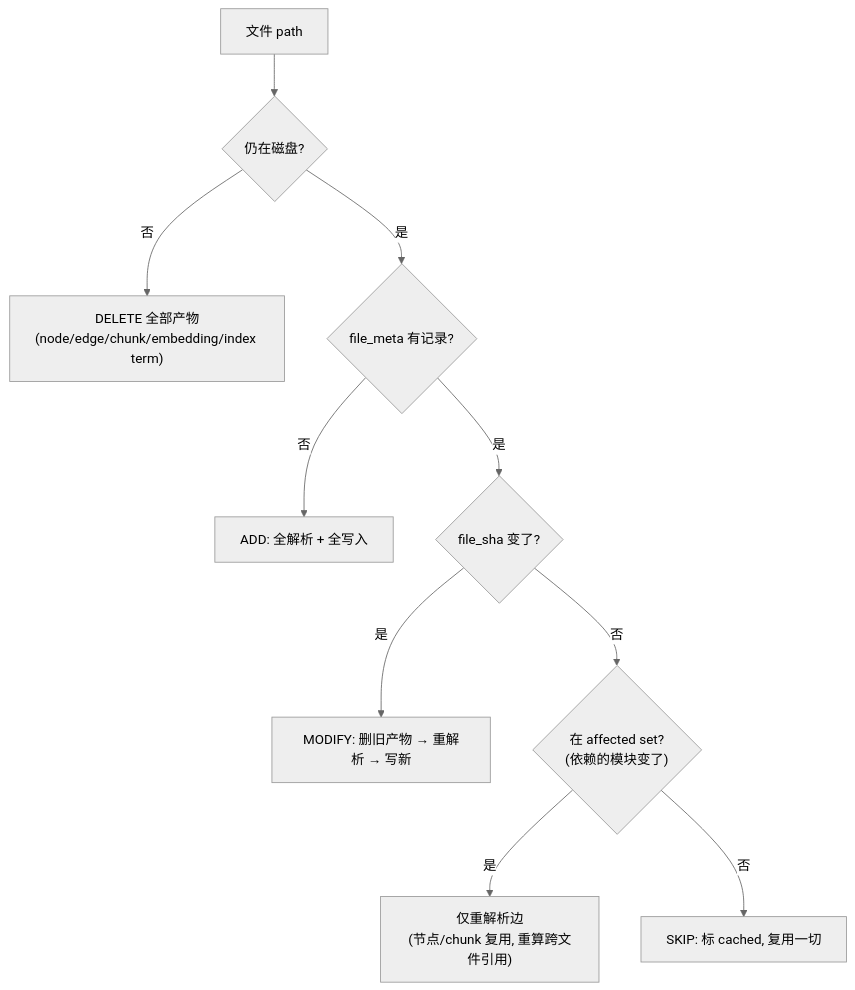
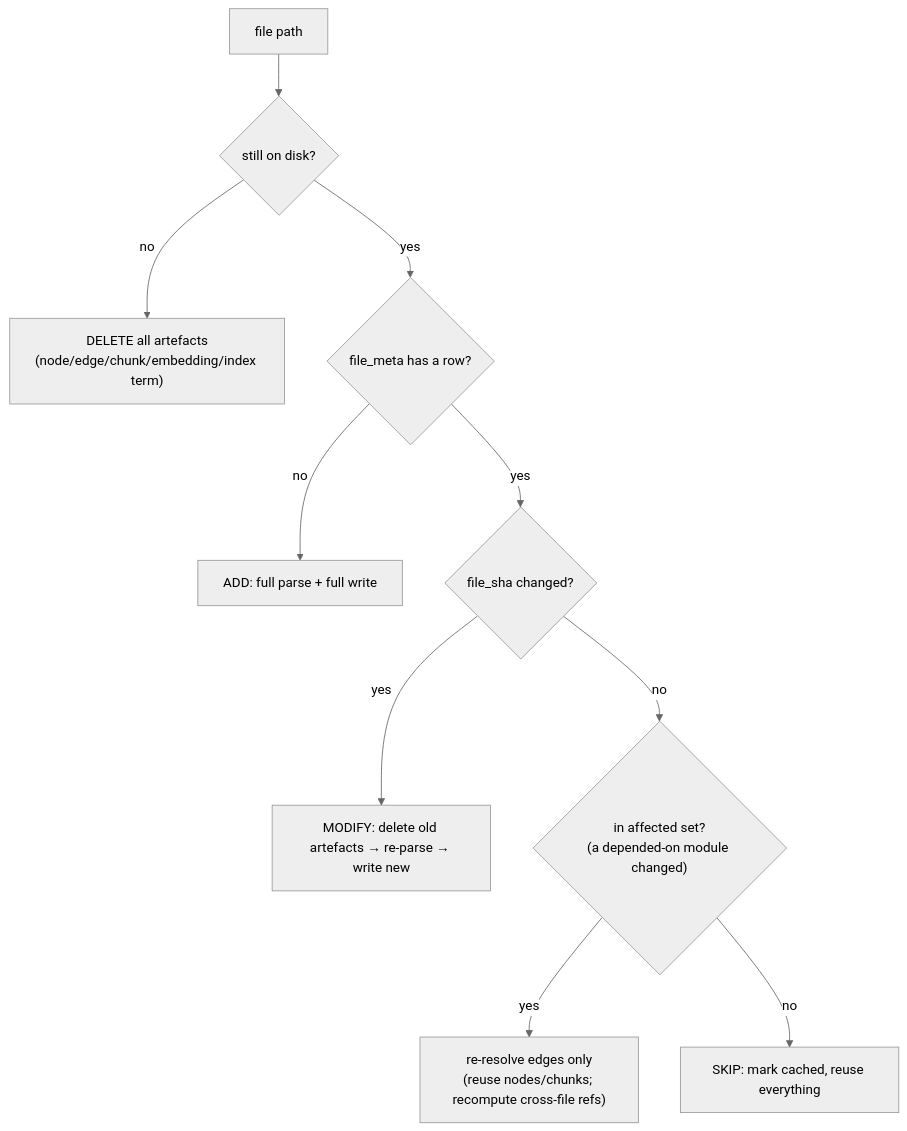
The second of 3 diagrams in docs/plans/phase-7-incremental.md (AndyUneducated/repo-sage), drawn with Mermaid (neutral theme) before and after one commit. The commit also changed other lines of this file and 14 other files, not shown here.

````diff
--- a/docs/plans/phase-7-incremental.md
+++ b/docs/plans/phase-7-incremental.md
@@ -118,12 +118,12 @@
 ```mermaid
 flowchart TD
-  F["文件 path"] --> onDisk{"仍在磁盘?"}
-  onDisk -- 否 --> del["DELETE 全部产物<br/>(node/edge/chunk/embedding/index term)"]
-  onDisk -- 是 --> known{"file_meta 有记录?"}
-  known -- 否 --> add["ADD: 全解析 + 全写入"]
-  known -- 是 --> sha{"file_sha 变了?"}
-  sha -- 是 --> mod["MODIFY: 删旧产物 → 重解析 → 写新"]
-  sha -- 否 --> inAff{"在 affected set?<br/>(依赖的模块变了)"}
-  inAff -- 是 --> reedge["仅重解析边<br/>(节点/chunk 复用, 重算跨文件引用)"]
-  inAff -- 否 --> skip["SKIP: 标 cached, 复用一切"]
+  F["file path"] --> onDisk{"still on disk?"}
+  onDisk -- no --> del["DELETE all artefacts<br/>(node/edge/chunk/embedding/index term)"]
+  onDisk -- yes --> known{"file_meta has a row?"}
+  known -- no --> add["ADD: full parse + full write"]
+  known -- yes --> sha{"file_sha changed?"}
+  sha -- yes --> mod["MODIFY: delete old artefacts → re-parse → write new"]
+  sha -- no --> inAff{"in affected set?<br/>(a depended-on module changed)"}
+  inAff -- yes --> reedge["re-resolve edges only<br/>(reuse nodes/chunks; recompute cross-file refs)"]
+  inAff -- no --> skip["SKIP: mark cached, reuse everything"]
 ```
````
